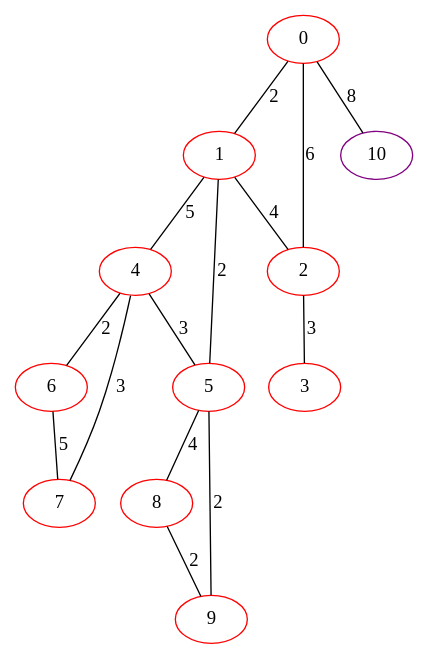
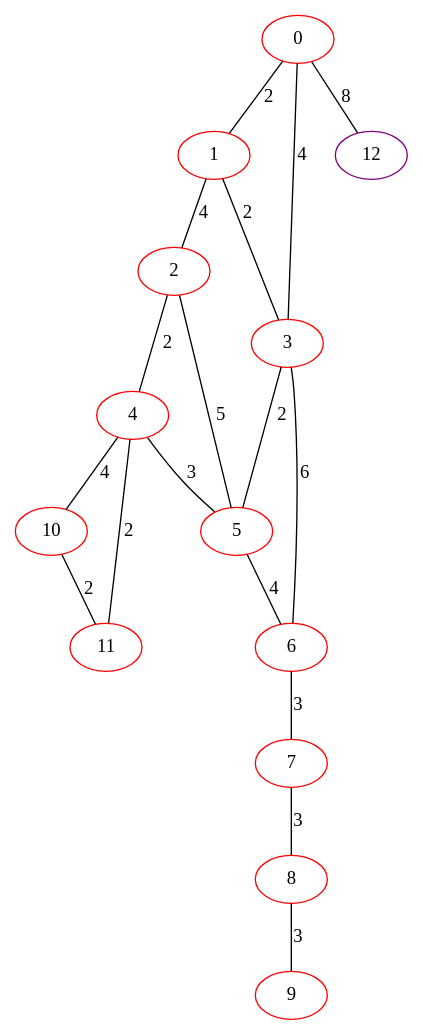
One commit to FelixMcFelix/sip-for-cv-paper changed the diagram in graphviz/dual/hwrt/r-5/train/110.gv. Above: the diagram before and after it, drawn with Graphviz. The commit also changed 22572 other files, not shown here.

Commit message:
Report changes, more graphs

```diff
--- a/graphviz/dual/hwrt/r-5/train/110.gv
+++ b/graphviz/dual/hwrt/r-5/train/110.gv
@@ -1,27 +1,32 @@
 graph "" {
 0 [color=red, weight=1];
 1 [color=red, weight=1];
 2 [color=red, weight=1];
 3 [color=red, weight=1];
 4 [color=red, weight=1];
 5 [color=red, weight=1];
 6 [color=red, weight=1];
 7 [color=red, weight=1];
 8 [color=red, weight=1];
 9 [color=red, weight=1];
-10 [color=purple, weight=4];
+10 [color=red, weight=1];
+11 [color=red, weight=1];
+12 [color=purple, weight=4];
 0 -- 1  [key=0, label=2];
-0 -- 2  [key=0, label=6];
-0 -- 10  [key=0, label=8];
+0 -- 3  [key=0, label=4];
+0 -- 12  [key=0, label=8];
 1 -- 2  [key=0, label=4];
-1 -- 4  [key=0, label=5];
-1 -- 5  [key=0, label=2];
-2 -- 3  [key=0, label=3];
+1 -- 3  [key=0, label=2];
+2 -- 4  [key=0, label=2];
+2 -- 5  [key=0, label=5];
+3 -- 5  [key=0, label=2];
+3 -- 6  [key=0, label=6];
+4 -- 11  [key=0, label=2];
+4 -- 10  [key=0, label=4];
 4 -- 5  [key=0, label=3];
-4 -- 6  [key=0, label=2];
-4 -- 7  [key=0, label=3];
-5 -- 8  [key=0, label=4];
-5 -- 9  [key=0, label=2];
-6 -- 7  [key=0, label=5];
-8 -- 9  [key=0, label=2];
+5 -- 6  [key=0, label=4];
+6 -- 7  [key=0, label=3];
+7 -- 8  [key=0, label=3];
+8 -- 9  [key=0, label=3];
+10 -- 11  [key=0, label=2];
 }
```
